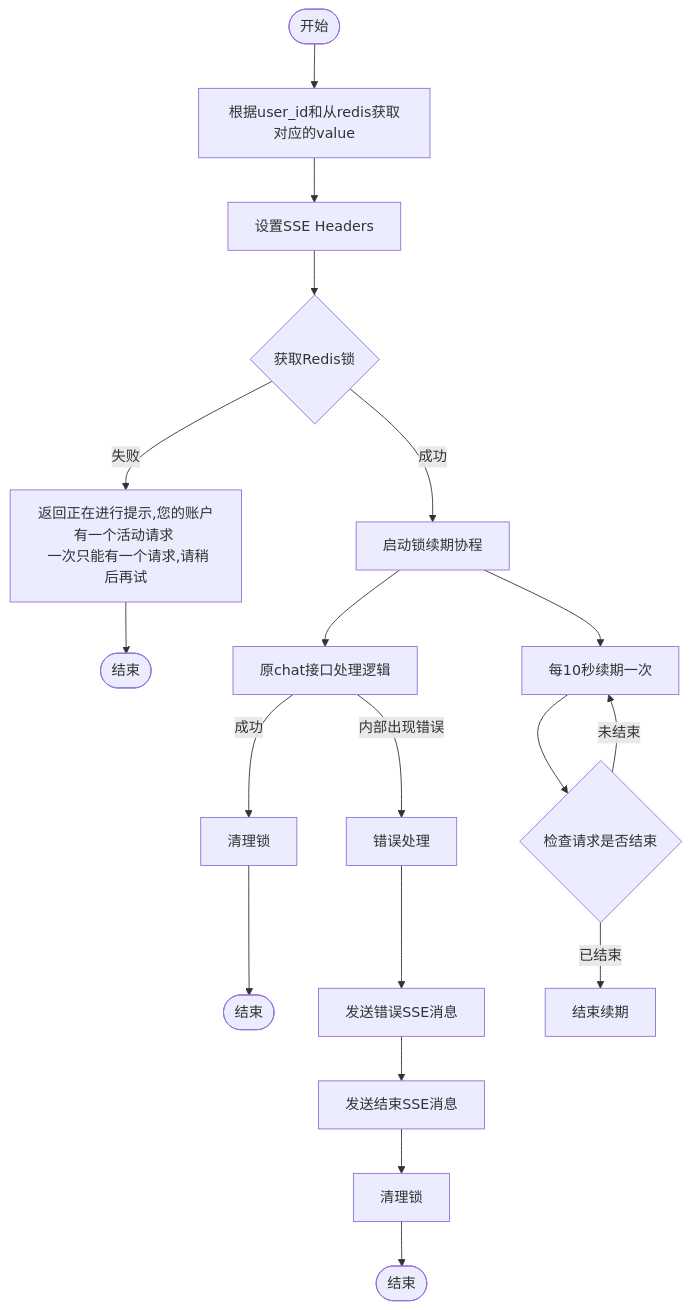
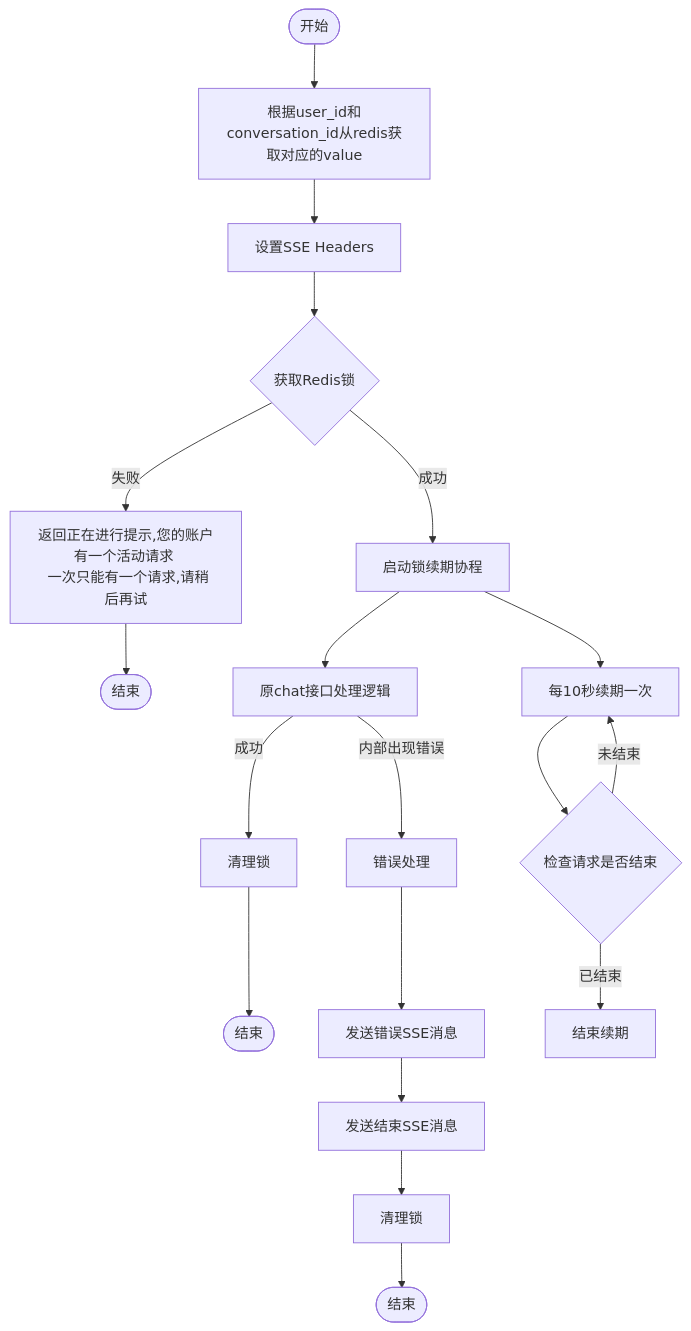
One commit to yingjianzh/iodraw-files changed the diagram in all/未命名-20.md. Above: the diagram before and after it, drawn with Mermaid.

Commit message:
2025-02-05 16:20:47 update

````diff
--- a/all/未命名-20.md
+++ b/all/未命名-20.md
@@ -1,30 +1,30 @@
 ```mermaid
 flowchart TD
-    Start([开始]) --> A[根据user_id和从redis获取对应的value]
+    Start([开始]) --> A[根据user_id和conversation_id从redis获取对应的value]
     A --> B[设置SSE Headers]
     B --> C{获取Redis锁}
     
     C -->|失败| D[返回正在进行提示,您的账户有一个活动请求 \n 一次只能有一个请求,请稍后再试]
     D --> End1([结束])
     
     C -->|成功| E[启动锁续期协程]
     E --> F[原chat接口处理逻辑]
     
     F -->|内部出现错误| G[错误处理]
      %% 正常结束流程
     F -->|成功| N[清理锁]
     N --> End3([结束])
     
     %% 错误处理流程
     G --> K[发送错误SSE消息]
     K --> L[发送结束SSE消息]
     L --> M[清理锁]
     M --> End2([结束])
     
     %% 锁续期协程
     E --> O[每10秒续期一次]
     O --> P{检查请求是否结束}
     P -->|未结束| O
     P -->|已结束| Q[结束续期]
 
 ```
````
